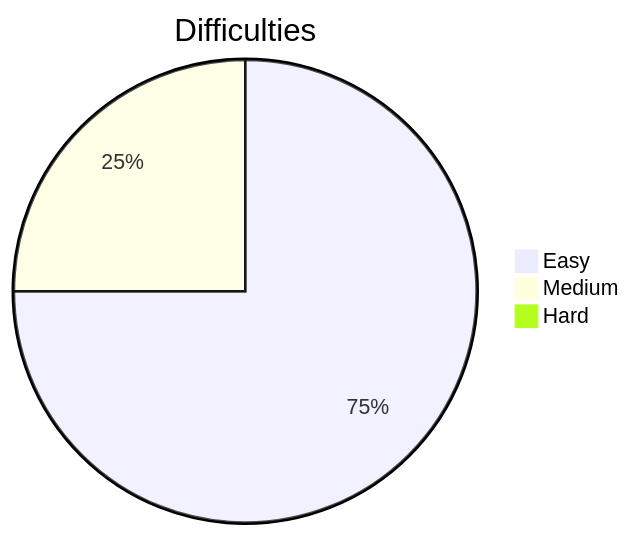
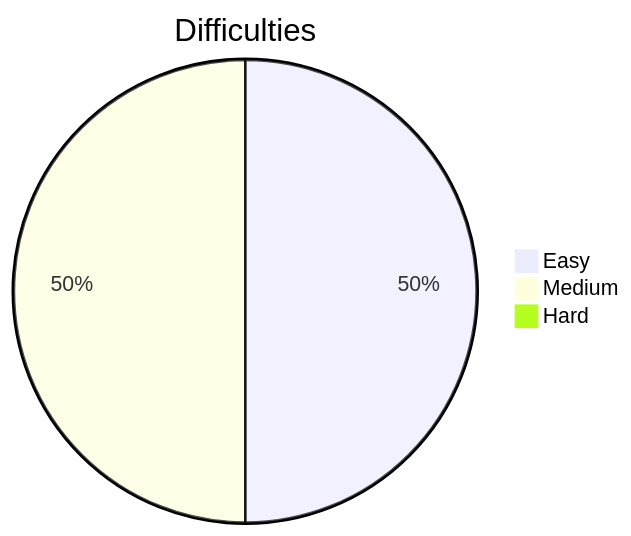
One commit to Parth099/Leetcode-Solutions changed the diagram in README.md. Above: the diagram before and after it, drawn with Mermaid. The commit also changed other lines of this file and 2 other files, not shown here.

````diff
--- a/README.md
+++ b/README.md
@@ -5,7 +5,7 @@
 ```mermaid
 pie
     title Difficulties
     "Easy"   : 3
-    "Medium" : 1
+    "Medium" : 3
     "Hard"   : 0
 ```
````
